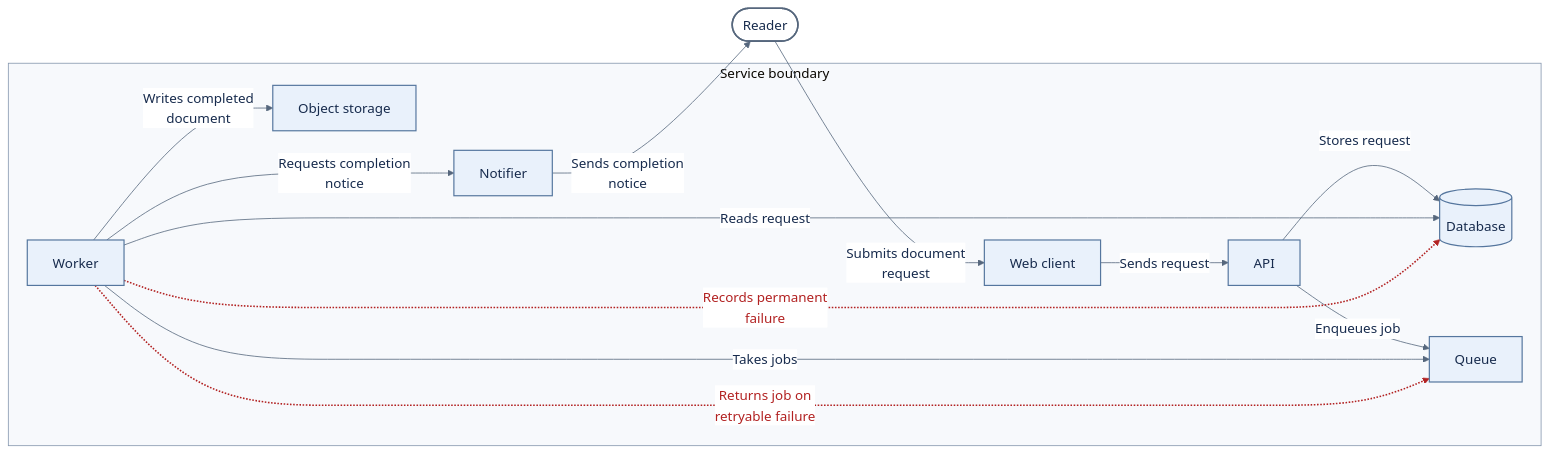
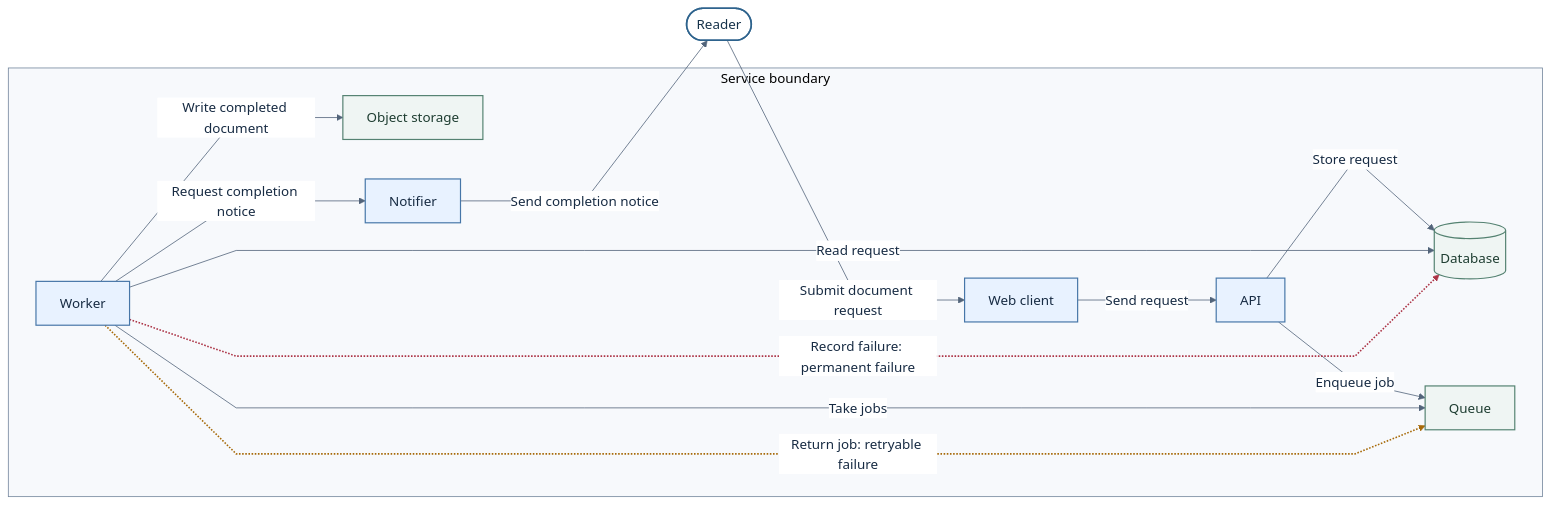
The diagram in benchmarks/examples/run01/diagram.mmd (YutaroHara1129/mermaid-design), drawn with Mermaid before and after one commit. The commit also changed 83 other files, not shown here.

```diff
--- a/benchmarks/examples/run01/diagram.mmd
+++ b/benchmarks/examples/run01/diagram.mmd
@@ -1,32 +1,50 @@
-%% Arrows identify the component initiating each labeled action.
-%% Position has no semantic meaning.
-%%{init: {"theme":"base","fontFamily":"Arial, sans-serif","themeVariables":{"fontFamily":"Arial, sans-serif","fontSize":"17px","edgeLabelBackground":"#ffffff","primaryTextColor":"#172b4d","lineColor":"#56677d","clusterBkg":"#f7f9fc","clusterBorder":"#8495ad"},"flowchart":{"curve":"basis","nodeSpacing":36,"rankSpacing":48,"padding":16}}}%%
+---
+config:
+  theme: base
+  themeVariables:
+    fontFamily: Arial, sans-serif
+    fontSize: 17px
+    primaryColor: '#edf4fb'
+    primaryTextColor: '#172b43'
+    primaryBorderColor: '#51749b'
+    lineColor: '#52647a'
+    clusterBkg: '#f7f9fc'
+    clusterBorder: '#71849b'
+    edgeLabelBackground: '#ffffff'
+  flowchart:
+    curve: linear
+    nodeSpacing: 50
+    rankSpacing: 70
+---
 flowchart LR
-    reader([Reader])
-    subgraph service[Service boundary]
-        web[Web client]
-        api[API]
-        db[(Database)]
-        queue[Queue]
-        worker[Worker]
-        storage[Object storage]
-        notifier[Notifier]
+    reader(["Reader"])
+    subgraph service["Service boundary"]
+        web["Web client"]
+        api["API"]
+        db[("Database")]
+        queue["Queue"]
+        worker["Worker"]
+        storage["Object storage"]
+        notifier["Notifier"]
     end
 
-    reader -->|Submits document<br/>request| web
-    web -->|Sends request| api
-    api -->|Stores request| db
-    api -->|Enqueues job| queue
-    worker -->|Takes jobs| queue
-    worker -->|Reads request| db
-    worker -->|Writes completed<br/>document| storage
-    worker --->|Requests completion<br/>notice| notifier
-    notifier -->|Sends completion<br/>notice| reader
-    worker -.->|Returns job on<br/>retryable failure| queue
-    worker -.->|Records permanent<br/>failure| db
+    reader -->|"Submit document request"| web
+    web -->|"Send request"| api
+    api -->|"Store request"| db
+    api -->|"Enqueue job"| queue
+    worker -->|"Take jobs"| queue
+    worker -->|"Read request"| db
+    worker -->|"Write completed document"| storage
+    worker -->|"Request completion notice"| notifier
+    notifier -->|"Send completion notice"| reader
+    worker -.->|"Return job: retryable failure"| queue
+    worker -.->|"Record failure: permanent failure"| db
 
-    classDef external fill:#ffffff,stroke:#56677d,stroke-width:2px,color:#172b4d;
-    classDef component fill:#e9f1fb,stroke:#55769e,stroke-width:1.5px,color:#172b4d;
+    classDef external fill:#ffffff,stroke:#2e638d,stroke-width:2px,color:#17334b;
+    classDef active fill:#e8f2ff,stroke:#4676a8,stroke-width:1.5px,color:#172b43;
+    classDef data fill:#eff5f3,stroke:#548271,stroke-width:1.5px,color:#1e3d31;
     class reader external;
-    class web,api,db,queue,worker,storage,notifier component;
-    linkStyle 9,10 stroke:firebrick,stroke-width:2px,color:firebrick;
+    class web,api,worker,notifier active;
+    class db,queue,storage data;
+    linkStyle 9 stroke:#a76a09,stroke-width:2px;
+    linkStyle 10 stroke:#ac3446,stroke-width:2px;
```
